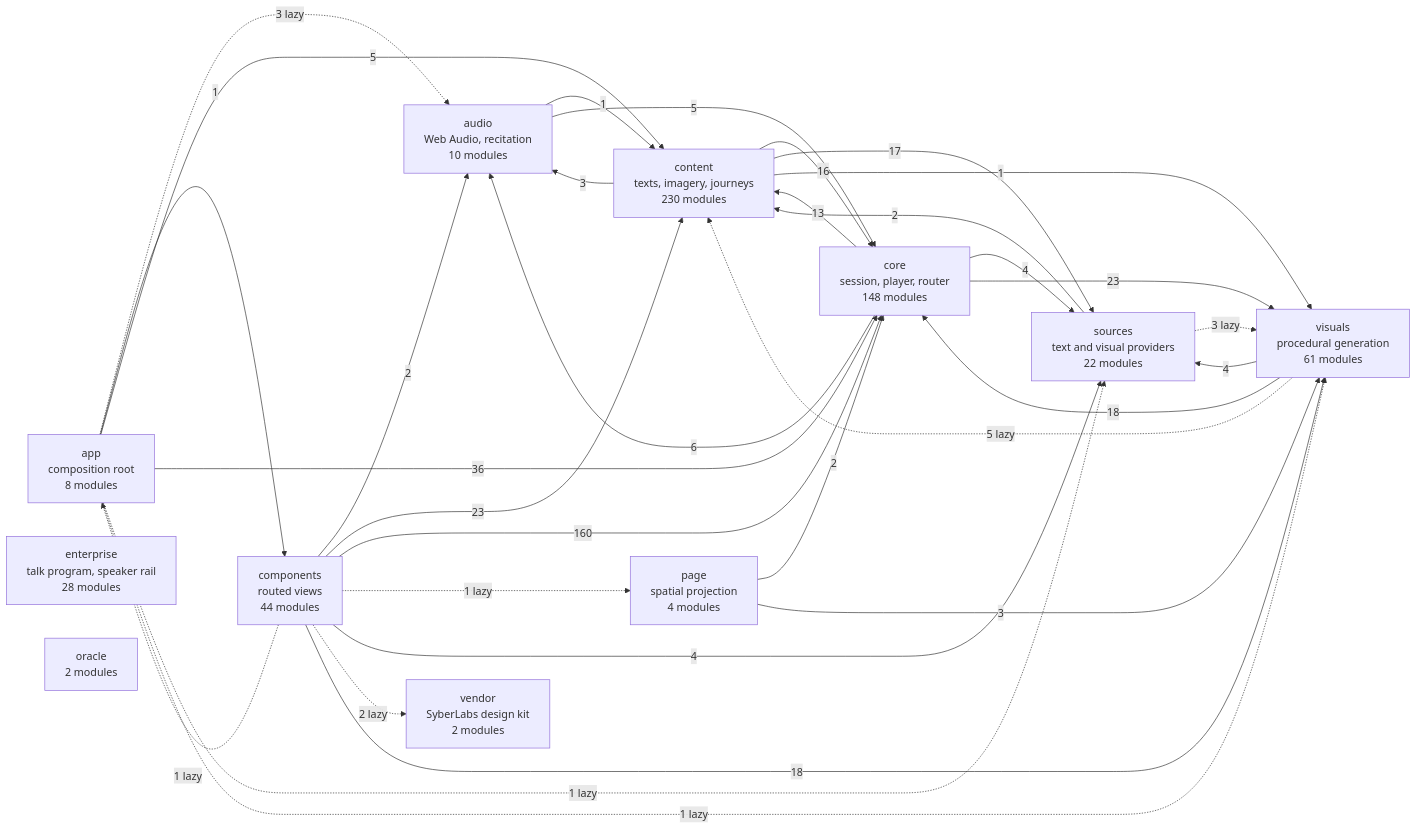
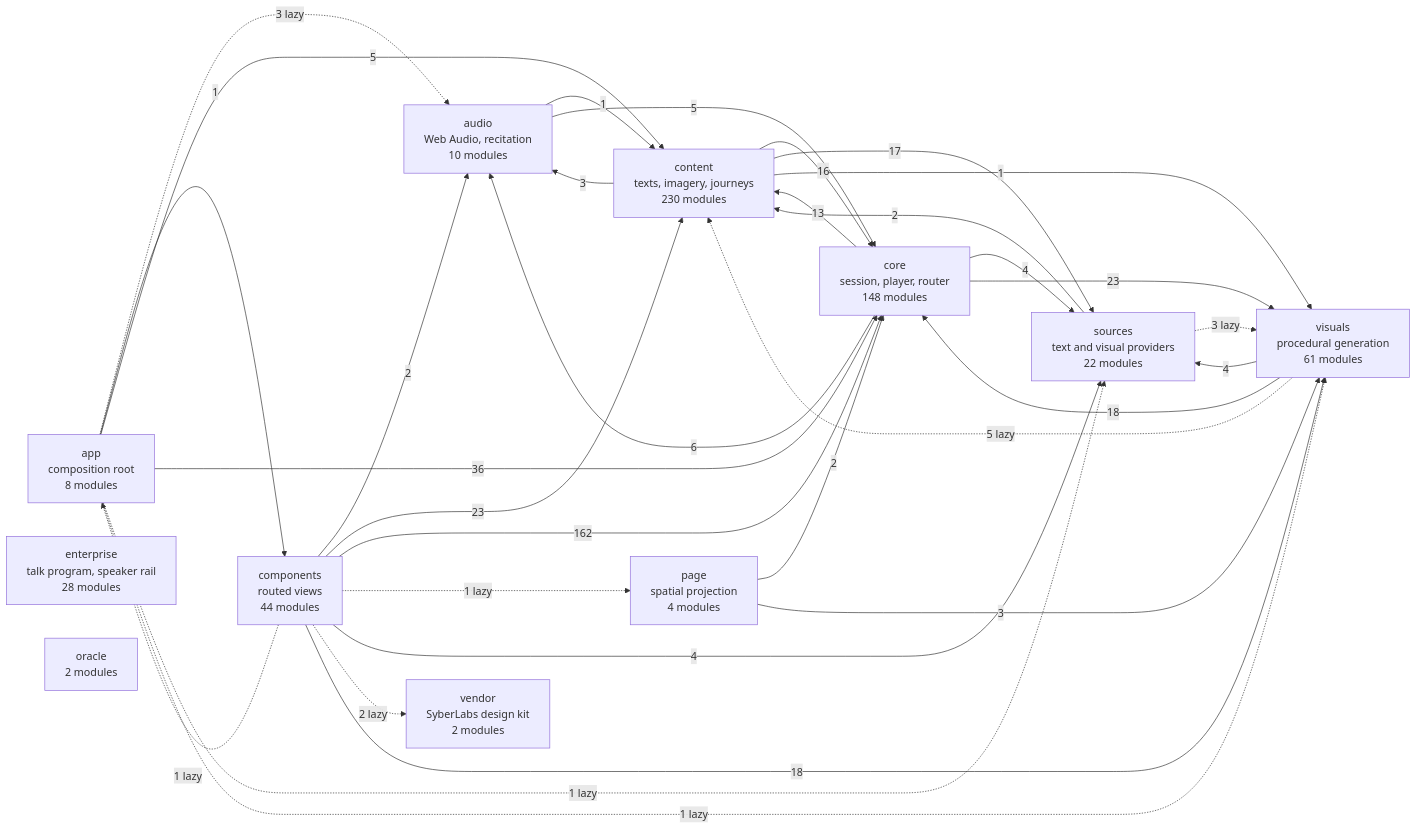
The diagram in docs/specs/ARCHITECTURE.md (SyberLabs/RISE), drawn with Mermaid before and after one commit. The commit also changed 7 other files, not shown here.

Commit message:
Add portable Archive sequence exchange

````diff
--- a/docs/specs/ARCHITECTURE.md
+++ b/docs/specs/ARCHITECTURE.md
@@ -160,46 +160,46 @@
 ```mermaid
 flowchart LR
     app["app<br/>composition root<br/>8 modules"]
     audio["audio<br/>Web Audio, recitation<br/>10 modules"]
     components["components<br/>routed views<br/>44 modules"]
     content["content<br/>texts, imagery, journeys<br/>230 modules"]
     core["core<br/>session, player, router<br/>148 modules"]
     enterprise["enterprise<br/>talk program, speaker rail<br/>28 modules"]
     oracle["oracle<br/>2 modules"]
     page["page<br/>spatial projection<br/>4 modules"]
     sources["sources<br/>text and visual providers<br/>22 modules"]
     vendor["vendor<br/>SyberLabs design kit<br/>2 modules"]
     visuals["visuals<br/>procedural generation<br/>61 modules"]
 
     app -.-> |3 lazy| audio
     app --> |1| components
     app --> |5| content
     app --> |36| core
     app -.-> |1 lazy| sources
     app -.-> |1 lazy| visuals
     audio --> |1| content
     audio --> |5| core
     components -.-> |1 lazy| app
     components --> |2| audio
     components --> |23| content
-    components --> |160| core
+    components --> |162| core
     components -.-> |1 lazy| page
     components --> |4| sources
     components -.-> |2 lazy| vendor
     components --> |18| visuals
     content --> |3| audio
     content --> |16| core
     content --> |17| sources
     content --> |1| visuals
     core --> |6| audio
     core --> |13| content
     core --> |4| sources
     core --> |23| visuals
     page --> |2| core
     page --> |3| visuals
     sources --> |2| content
     sources -.-> |3 lazy| visuals
     visuals -.-> |5 lazy| content
     visuals --> |18| core
     visuals --> |4| sources
 ```
````
